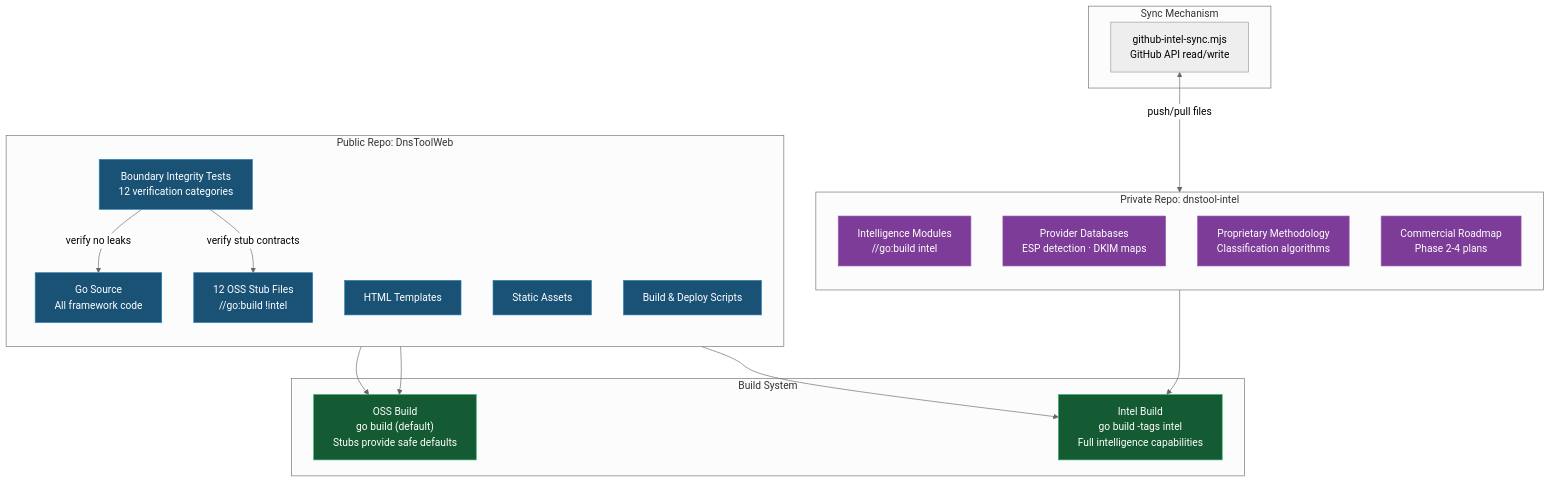
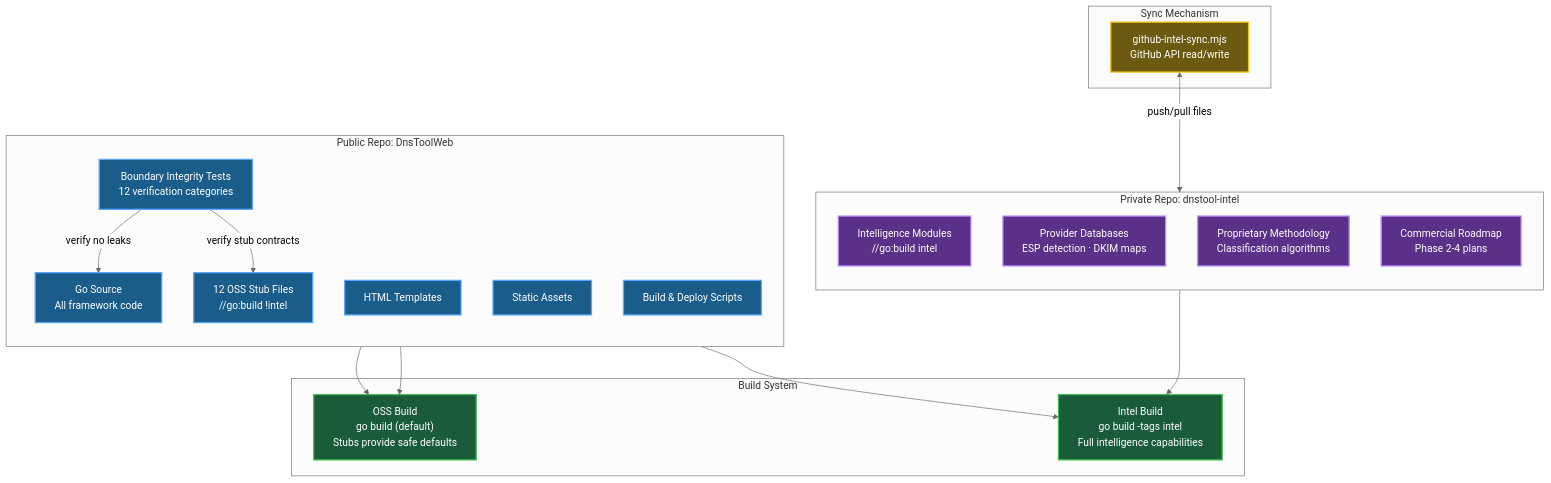
The fourth of 7 diagrams in docs/architecture/SYSTEM_ARCHITECTURE.md (careyjames/DnsToolWeb), drawn with Mermaid (neutral theme) before and after one commit. The commit also changed other lines of this file and 1 other file, not shown here.

First line of the commit message:
Enhance system architecture diagrams with brighter colors and updated styling

````diff
--- a/docs/architecture/SYSTEM_ARCHITECTURE.md
+++ b/docs/architecture/SYSTEM_ARCHITECTURE.md
@@ -186,44 +201,47 @@
 ```mermaid
 graph TB
     subgraph "Public Repo: DnsToolWeb"
         direction TB
         PublicGo["Go Source<br/>All framework code"]
         Stubs["12 OSS Stub Files<br/>//go:build !intel"]
         Templates2["HTML Templates"]
         Static["Static Assets"]
         Tests["Boundary Integrity Tests<br/>12 verification categories"]
         Scripts["Build & Deploy Scripts"]
     end
 
     subgraph "Private Repo: dnstool-intel"
         direction TB
         Intel["Intelligence Modules<br/>//go:build intel"]
         ProviderDB["Provider Databases<br/>ESP detection · DKIM maps"]
         Methodology["Proprietary Methodology<br/>Classification algorithms"]
         Commercial["Commercial Roadmap<br/>Phase 2-4 plans"]
     end
 
     subgraph "Build System"
         BuildOSS["OSS Build<br/>go build (default)<br/>Stubs provide safe defaults"]
         BuildIntel["Intel Build<br/>go build -tags intel<br/>Full intelligence capabilities"]
     end
 
     subgraph "Sync Mechanism"
         Sync["github-intel-sync.mjs<br/>GitHub API read/write"]
     end
 
     PublicGo --> BuildOSS
     Stubs --> BuildOSS
     PublicGo --> BuildIntel
     Intel --> BuildIntel
     Sync <-->|"push/pull files"| Intel
     Tests -->|"verify no leaks"| PublicGo
     Tests -->|"verify stub contracts"| Stubs
 
-    classDef public fill:#1a5276,stroke:#2980b9,color:#fff
-    classDef private fill:#7d3c98,stroke:#9b59b6,color:#fff
-    classDef build fill:#145a32,stroke:#27ae60,color:#fff
+    classDef default fill:#1b2f45,stroke:#4a90d9,stroke-width:2px,color:#f0f6fc
+    classDef public fill:#1a5c8a,stroke:#58a6ff,stroke-width:2px,color:#fff
+    classDef private fill:#5a3088,stroke:#bc8cff,stroke-width:2px,color:#fff
+    classDef build fill:#1a5c3a,stroke:#3fb950,stroke-width:2px,color:#fff
+    classDef sync fill:#6b5a10,stroke:#f1c40f,stroke-width:2px,color:#fff
     class PublicGo,Stubs,Templates2,Static,Tests,Scripts public
     class Intel,ProviderDB,Methodology,Commercial private
     class BuildOSS,BuildIntel build
+    class Sync sync
 ```
````
